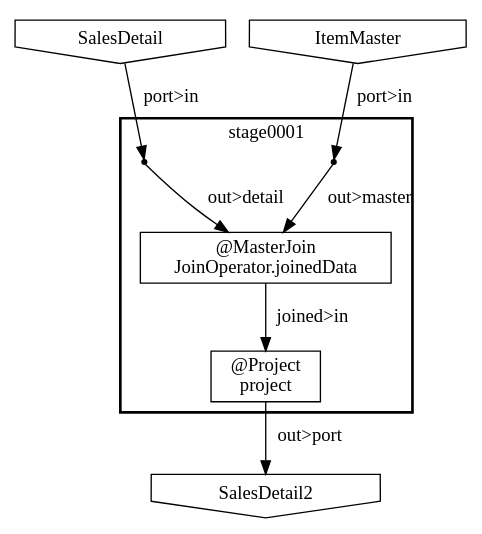
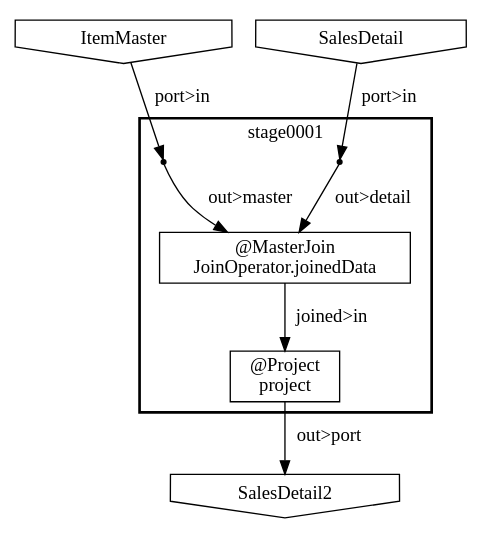
One commit to ironpeace/Asakusa-FirstStep changed the diagram in target/batchcwork/FirstStepBatch/MainJobFlow/build/bin/META-INF/visualize/stageblock-1.dot. Above: the diagram before and after it, drawn with Graphviz. The commit also changed 39 other files, not shown here.

```diff
--- a/target/batchcwork/FirstStepBatch/MainJobFlow/build/bin/META-INF/visualize/stageblock-1.dot
+++ b/target/batchcwork/FirstStepBatch/MainJobFlow/build/bin/META-INF/visualize/stageblock-1.dot
@@ -1,19 +1,19 @@
 digraph {
-    "731705cc-1e1b-4041-9d85-f527e6e80cc6" [shape=invhouse, label="SalesDetail2"];
-    "eae07d99-b8b0-4e91-800a-c6f1d0446c7e" [shape=invhouse, label="SalesDetail"];
-    "3f41a4d0-091f-4624-b419-dfc250bf7de8" [shape=invhouse, label="ItemMaster"];
-    subgraph "cluster_a6bdfca7-95b1-4d4c-b441-23367cf4421b" {
+    "4ac883c3-90e5-4d12-9c24-f2be71c6895b" [shape=invhouse, label="SalesDetail2"];
+    "3325fc94-1438-458d-8a36-495004842aab" [shape=invhouse, label="ItemMaster"];
+    "e854c256-9408-42c4-b0a7-010445524e3a" [shape=invhouse, label="SalesDetail"];
+    subgraph "cluster_4ff57ba5-176c-44e5-82aa-8255bea3a6c7" {
         label = "stage0001";
         style = bold;
-        "8b206e02-0a2d-4c55-8552-0ecddd90c711" [shape=box, label="@MasterJoin\nJoinOperator.joinedData"];
-        "32186cee-8495-49bf-8b09-2ee66e80670c" [shape=box, label="@Project\nproject"];
-        "3b2e90d7-58f6-4ee3-a8ce-a9113a63d851" [shape=point];
-        "216c3af3-17b8-471d-a7a2-1c010febee59" [shape=point];
+        "602bd7e5-21cb-4d77-8eb6-4a6395f0170d" [shape=box, label="@MasterJoin\nJoinOperator.joinedData"];
+        "402ba13c-8195-445f-9ff0-36688e248c67" [shape=box, label="@Project\nproject"];
+        "d91cd94f-b842-43ce-a29b-506d6414870b" [shape=point];
+        "3cab72f7-c613-444a-b77f-1847fd556638" [shape=point];
     }
-    "3b2e90d7-58f6-4ee3-a8ce-a9113a63d851" -> "8b206e02-0a2d-4c55-8552-0ecddd90c711" [label="out>master"];
-    "216c3af3-17b8-471d-a7a2-1c010febee59" -> "8b206e02-0a2d-4c55-8552-0ecddd90c711" [label="out>detail"];
-    "32186cee-8495-49bf-8b09-2ee66e80670c" -> "731705cc-1e1b-4041-9d85-f527e6e80cc6" [label="out>port"];
-    "8b206e02-0a2d-4c55-8552-0ecddd90c711" -> "32186cee-8495-49bf-8b09-2ee66e80670c" [label="joined>in"];
-    "3f41a4d0-091f-4624-b419-dfc250bf7de8" -> "3b2e90d7-58f6-4ee3-a8ce-a9113a63d851" [label="port>in"];
-    "eae07d99-b8b0-4e91-800a-c6f1d0446c7e" -> "216c3af3-17b8-471d-a7a2-1c010febee59" [label="port>in"];
+    "d91cd94f-b842-43ce-a29b-506d6414870b" -> "602bd7e5-21cb-4d77-8eb6-4a6395f0170d" [label="out>master"];
+    "3cab72f7-c613-444a-b77f-1847fd556638" -> "602bd7e5-21cb-4d77-8eb6-4a6395f0170d" [label="out>detail"];
+    "402ba13c-8195-445f-9ff0-36688e248c67" -> "4ac883c3-90e5-4d12-9c24-f2be71c6895b" [label="out>port"];
+    "602bd7e5-21cb-4d77-8eb6-4a6395f0170d" -> "402ba13c-8195-445f-9ff0-36688e248c67" [label="joined>in"];
+    "3325fc94-1438-458d-8a36-495004842aab" -> "d91cd94f-b842-43ce-a29b-506d6414870b" [label="port>in"];
+    "e854c256-9408-42c4-b0a7-010445524e3a" -> "3cab72f7-c613-444a-b77f-1847fd556638" [label="port>in"];
 }
```
